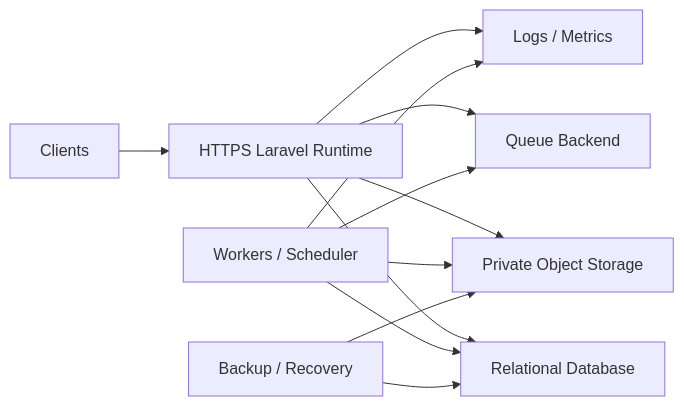
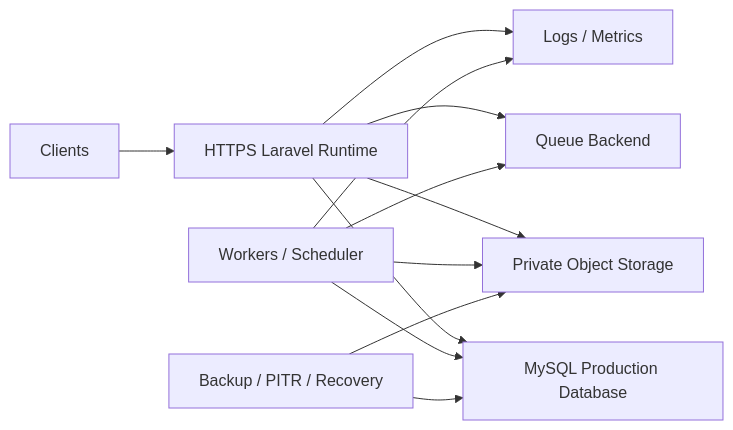
The third of 3 diagrams in docs/architecture/SYSTEM_ARCHITECTURE.md (MustafaFares445/UperTib), drawn with Mermaid before and after one commit. The commit also changed other lines of this file, not shown here.

Commit message:
docs: align system architecture with MySQL production baseline

````diff
--- a/docs/architecture/SYSTEM_ARCHITECTURE.md
+++ b/docs/architecture/SYSTEM_ARCHITECTURE.md
@@ -312,14 +314,14 @@
 ```mermaid
 flowchart LR
     USERS["Clients"] --> APP["HTTPS Laravel Runtime"]
-    APP --> DB["Relational Database"]
+    APP --> DB["MySQL Production Database"]
     APP --> FILES["Private Object Storage"]
     APP --> QUEUE["Queue Backend"]
     WORKERS["Workers / Scheduler"] --> QUEUE
     WORKERS --> DB
     WORKERS --> FILES
     APP --> OBS["Logs / Metrics"]
     WORKERS --> OBS
-    BACKUP["Backup / Recovery"] --> DB
+    BACKUP["Backup / PITR / Recovery"] --> DB
     BACKUP --> FILES
 ```
````
